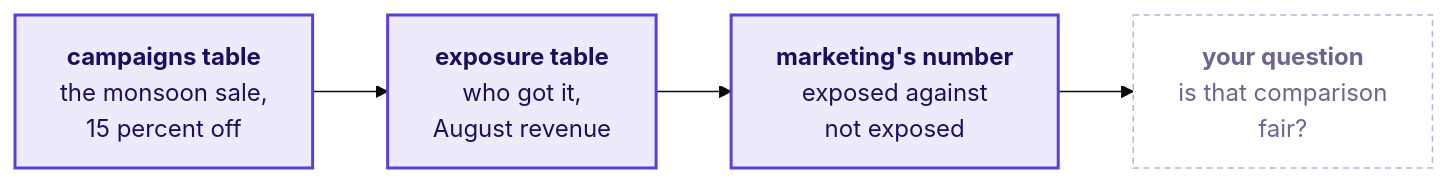
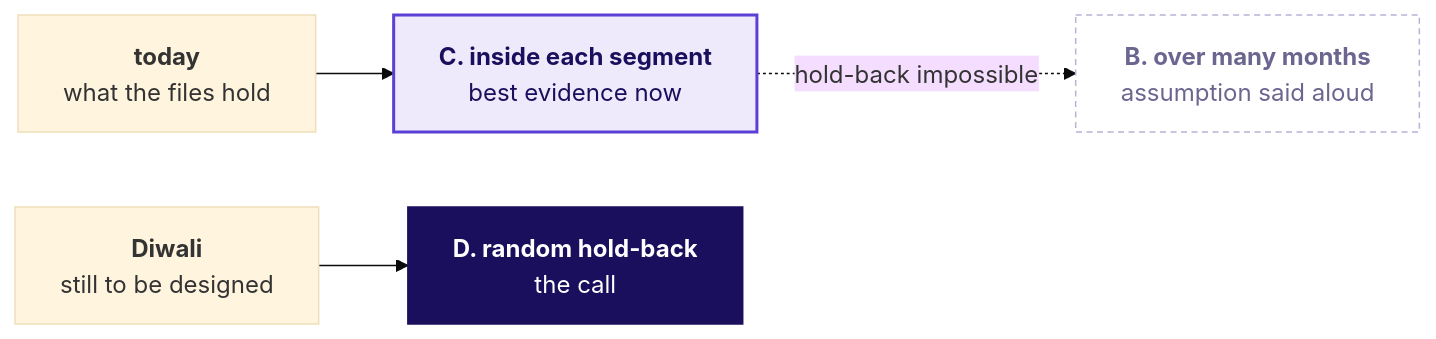
Before and after one commit to fde-academy-lab/c2-content-factory: the first of 15 diagrams in content/W01/D4/slides/C2_W01_D04_half2_STUDENT.md, drawn with Mermaid (base theme). The commit also changed other lines of this file and 13 other files, not shown here.

````diff
--- a/content/W01/D4/slides/C2_W01_D04_half2_STUDENT.md
+++ b/content/W01/D4/slides/C2_W01_D04_half2_STUDENT.md
@@ -52,10 +86,12 @@
 ```mermaid
 flowchart LR
-    C["<b>campaigns table</b><br/>the monsoon sale,<br/>15 percent off"] --> E["<b>exposure table</b><br/>who got it,<br/>August revenue"]
-    E --> M["<b>marketing's number</b><br/>exposed against<br/>not exposed"]
-    M --> Q["<b>your question</b><br/>is that comparison<br/>fair?"]
+    T["<b>today</b><br/>what the files hold"] --> C["<b>C. inside each segment</b><br/>best evidence now"]
+    N["<b>Diwali</b><br/>still to be designed"] --> D["<b>D. random hold-back</b><br/>the call"]
+    C -.->|"hold-back impossible"| B["<b>B. over many months</b><br/>assumption said aloud"]
     classDef known fill:#EEEAFB,stroke:#5B3FD6,color:#1A0F5C,stroke-width:2px
     classDef unknown fill:#FFFFFF,stroke:#B8B2D6,color:#6B6690,stroke-dasharray:4 3
-    class C,E,M known
-    class Q unknown
+    classDef bet fill:#1A0F5C,stroke:#1A0F5C,color:#FFFFFF
+    class C known
+    class D bet
+    class B unknown
 ```
````
